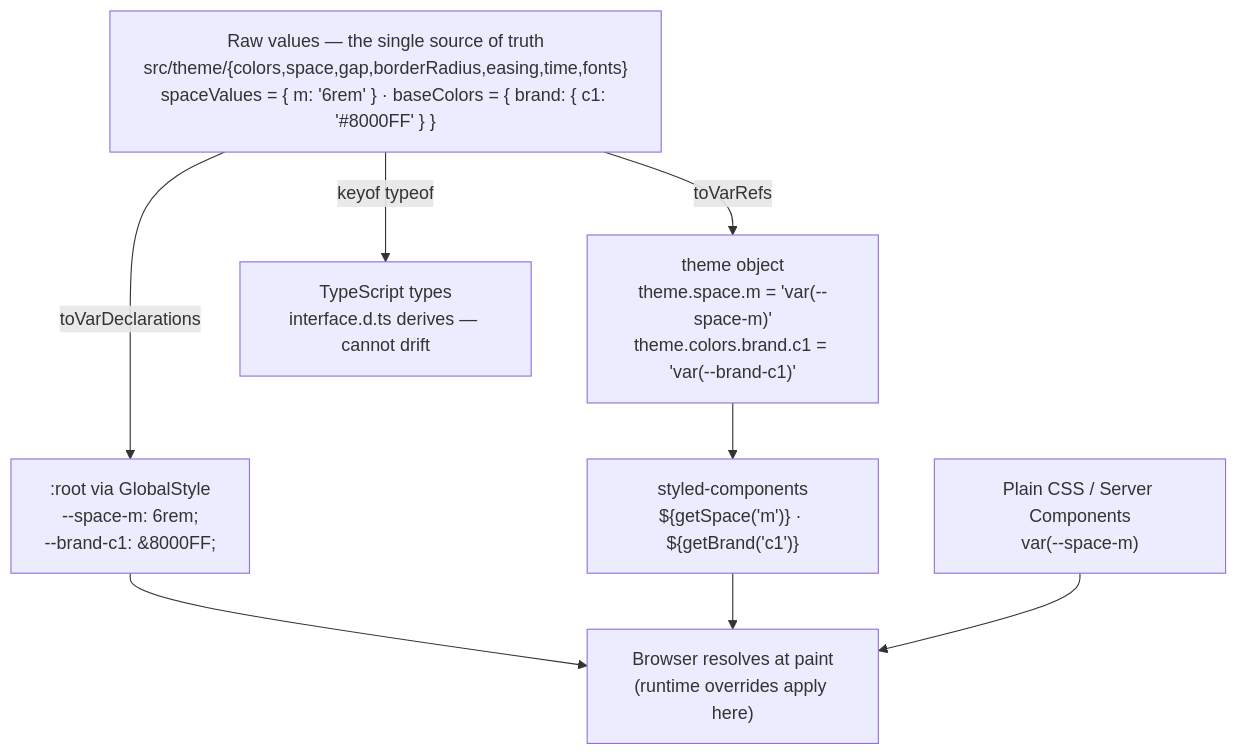
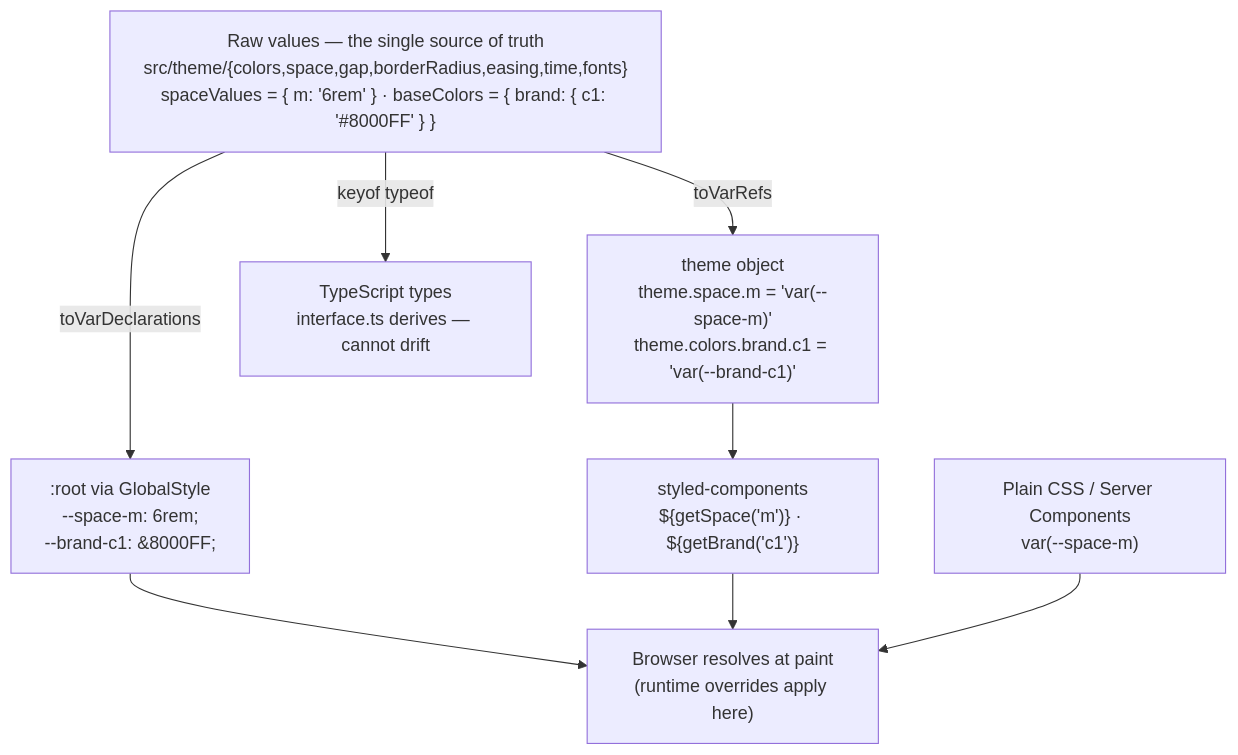
The diagram in docs/Tackl/Theming.md (12-Studio/Tackl), drawn with Mermaid before and after one commit. The commit also changed other lines of this file and 24 other files, not shown here.

````diff
--- a/docs/Tackl/Theming.md
+++ b/docs/Tackl/Theming.md
@@ -7,11 +7,11 @@
 ```mermaid
 flowchart TD
     V["Raw values — the single source of truth\nsrc/theme/{colors,space,gap,borderRadius,easing,time,fonts}\nspaceValues = { m: '6rem' } · baseColors = { brand: { c1: '#8000FF' } }"]
     V -->|toVarDeclarations| R[":root via GlobalStyle\n--space-m: 6rem;\n--brand-c1: #8000FF;"]
     V -->|toVarRefs| T["theme object\ntheme.space.m = 'var(--space-m)'\ntheme.colors.brand.c1 = 'var(--brand-c1)'"]
-    V -->|keyof typeof| TY["TypeScript types\ninterface.d.ts derives — cannot drift"]
+    V -->|keyof typeof| TY["TypeScript types\ninterface.ts derives — cannot drift"]
     T --> SC["styled-components\n${getSpace('m')} · ${getBrand('c1')}"]
     R --> B["Browser resolves at paint\n(runtime overrides apply here)"]
     SC --> B
     P["Plain CSS / Server Components\nvar(--space-m)"] --> B
 ```
````
